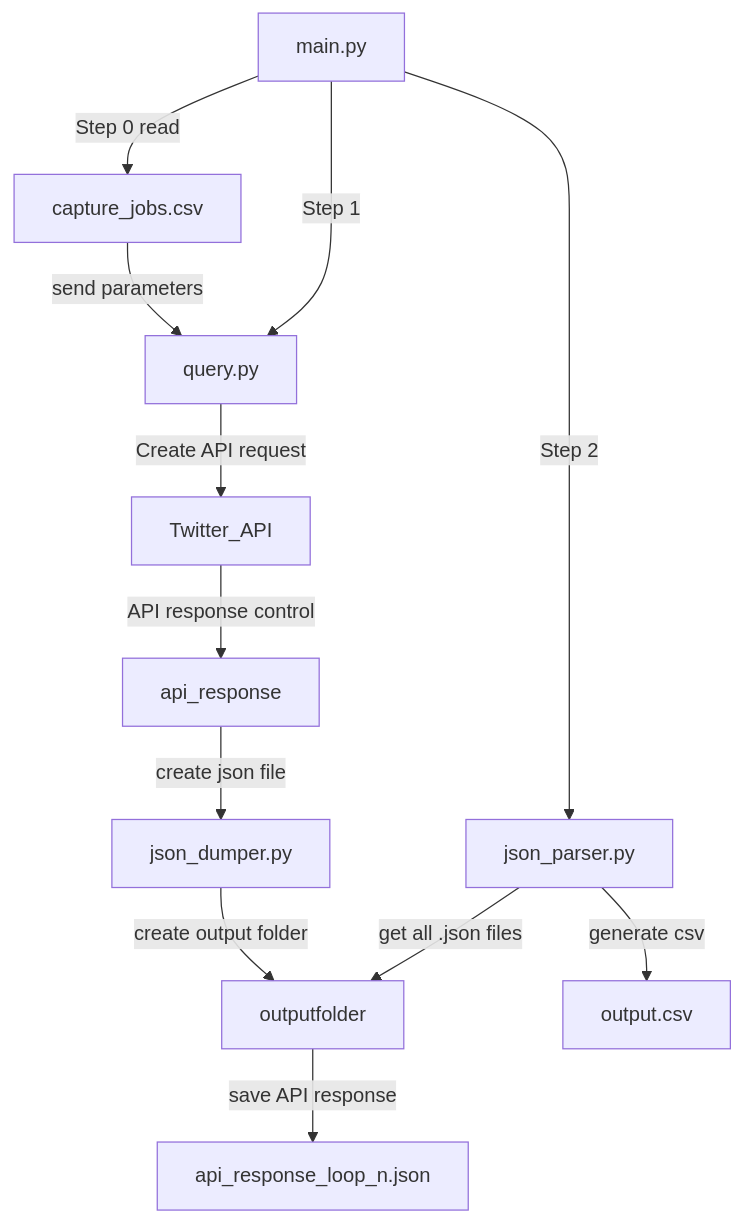
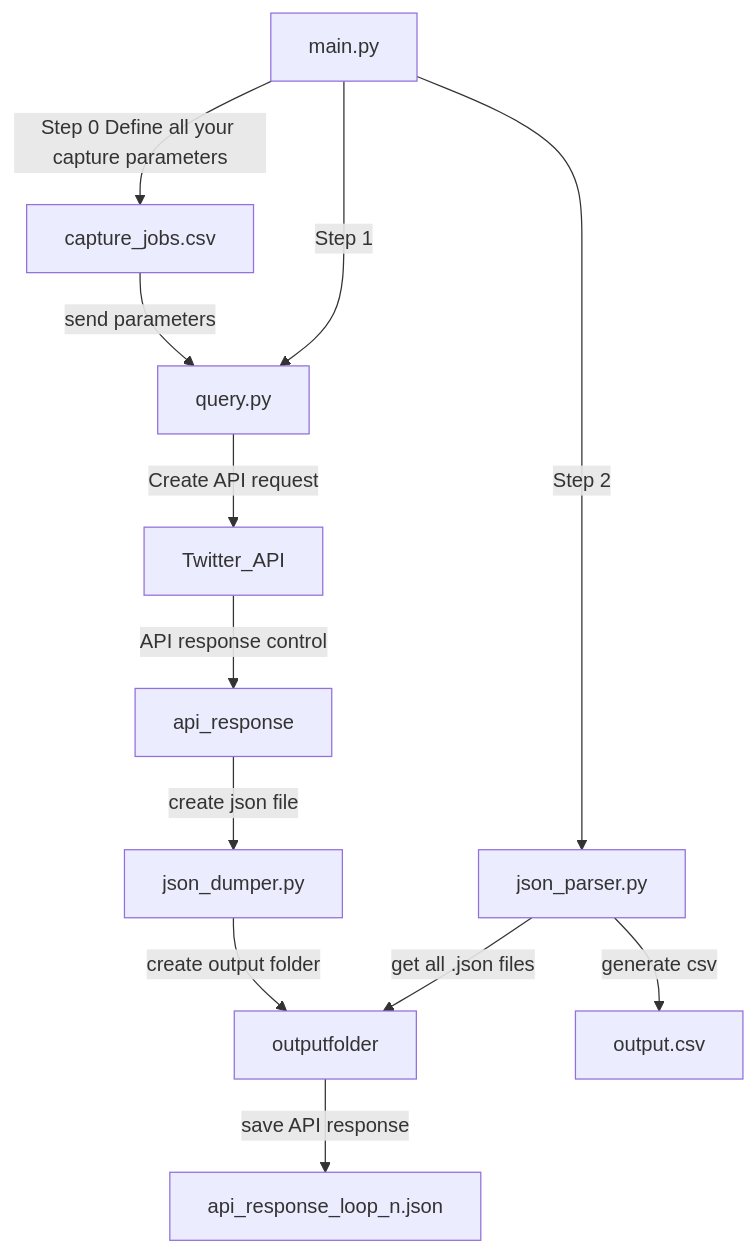
One commit to AdriaPadilla/Twitter-API-V2-full-archive-Search-academics changed the diagram in README.md. Above: the diagram before and after it, drawn with Mermaid.

````diff
--- a/README.md
+++ b/README.md
@@ -63,15 +63,15 @@
 ```mermaid  
 graph TD;  
-	main.py -->|Step 0 read| capture_jobs.csv;
+	main.py -->|Step 0 Define all your capture parameters| capture_jobs.csv;
 	capture_jobs.csv -->|send parameters| query.py;
 	main.py -->|Step 1| query.py;
 	query.py -->|Create API request| Twitter_API;
 	Twitter_API --> |API response control|api_response;
 	api_response --> |create json file|json_dumper.py;
 	main.py -->|Step 2| json_parser.py;
 	json_dumper.py -->|create output folder|outputfolder;
 	outputfolder -->|save API response|api_response_loop_n.json;
 	json_parser.py -->|get all .json files|outputfolder;
 	json_parser.py -->|generate csv| output.csv;
 	
 ```
````
